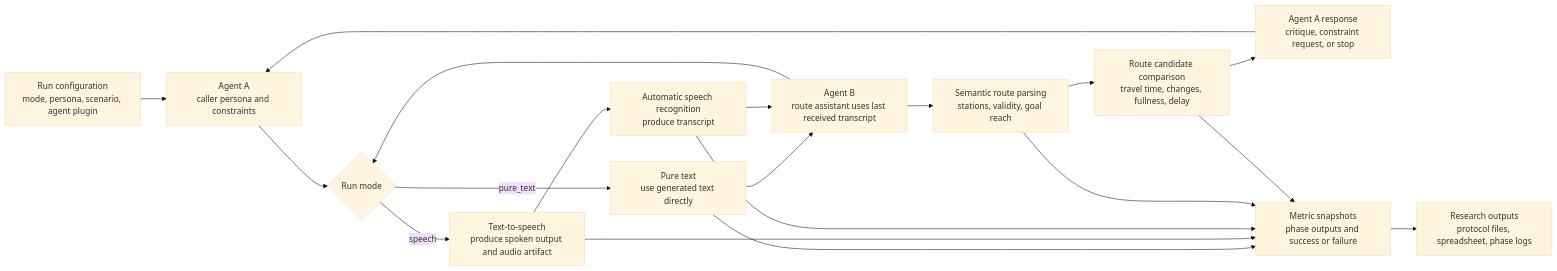
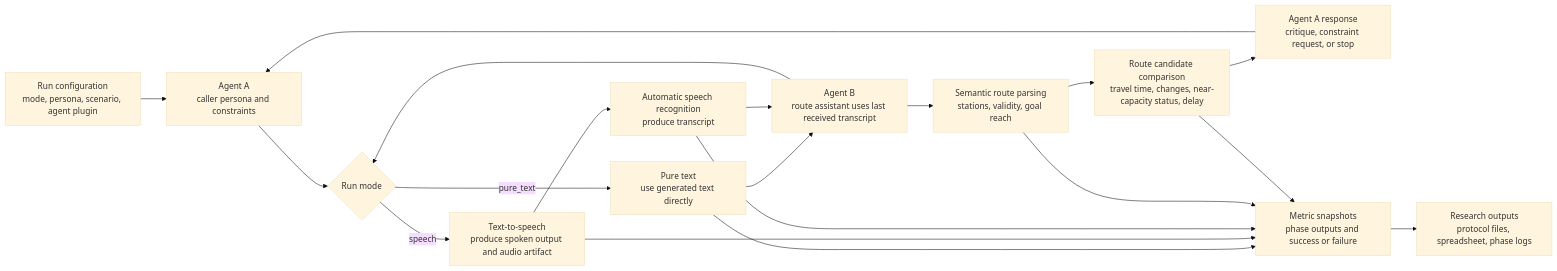
The diagram in README.md (generalgroovy/CoopNavigationSDS), drawn with Mermaid (base theme) before and after one commit. The commit also changed other lines of this file and 19 other files, not shown here.

````diff
--- a/README.md
+++ b/README.md
@@ -99,34 +99,34 @@
 ```mermaid
 flowchart LR
     Configuration["Run configuration\nmode, persona, scenario, agent plugin"]
     AgentA["Agent A\ncaller persona and constraints"]
     TextMode{"Run mode"}
     DirectText["Pure text\nuse generated text directly"]
     TextToSpeech["Text-to-speech\nproduce spoken output and audio artifact"]
     SpeechRecognition["Automatic speech recognition\nproduce transcript"]
     AgentB["Agent B\nroute assistant uses last received transcript"]
     RouteParsing["Semantic route parsing\nstations, validity, goal reach"]
-    CandidateComparison["Route candidate comparison\ntravel time, changes, fullness, delay"]
+    CandidateComparison["Route candidate comparison\ntravel time, changes, near-capacity status, delay"]
     AgentAResponse["Agent A response\ncritique, constraint request, or stop"]
     Metrics["Metric snapshots\nphase outputs and success or failure"]
     ResearchOutputs["Research outputs\nprotocol files, spreadsheet, phase logs"]
 
     Configuration --> AgentA
     AgentA --> TextMode
     TextMode -->|pure_text| DirectText
     TextMode -->|speech| TextToSpeech
     TextToSpeech --> SpeechRecognition
     DirectText --> AgentB
     SpeechRecognition --> AgentB
     AgentB --> TextMode
     AgentB --> RouteParsing
     RouteParsing --> CandidateComparison
     CandidateComparison --> AgentAResponse
     AgentAResponse --> AgentA
     DirectText --> Metrics
     TextToSpeech --> Metrics
     SpeechRecognition --> Metrics
     RouteParsing --> Metrics
     CandidateComparison --> Metrics
     Metrics --> ResearchOutputs
 ```
````
